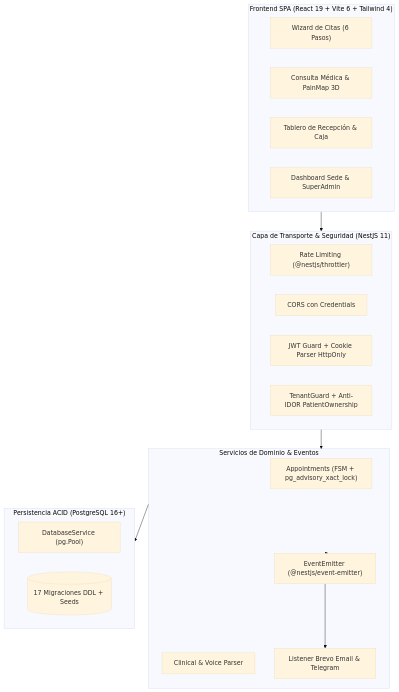
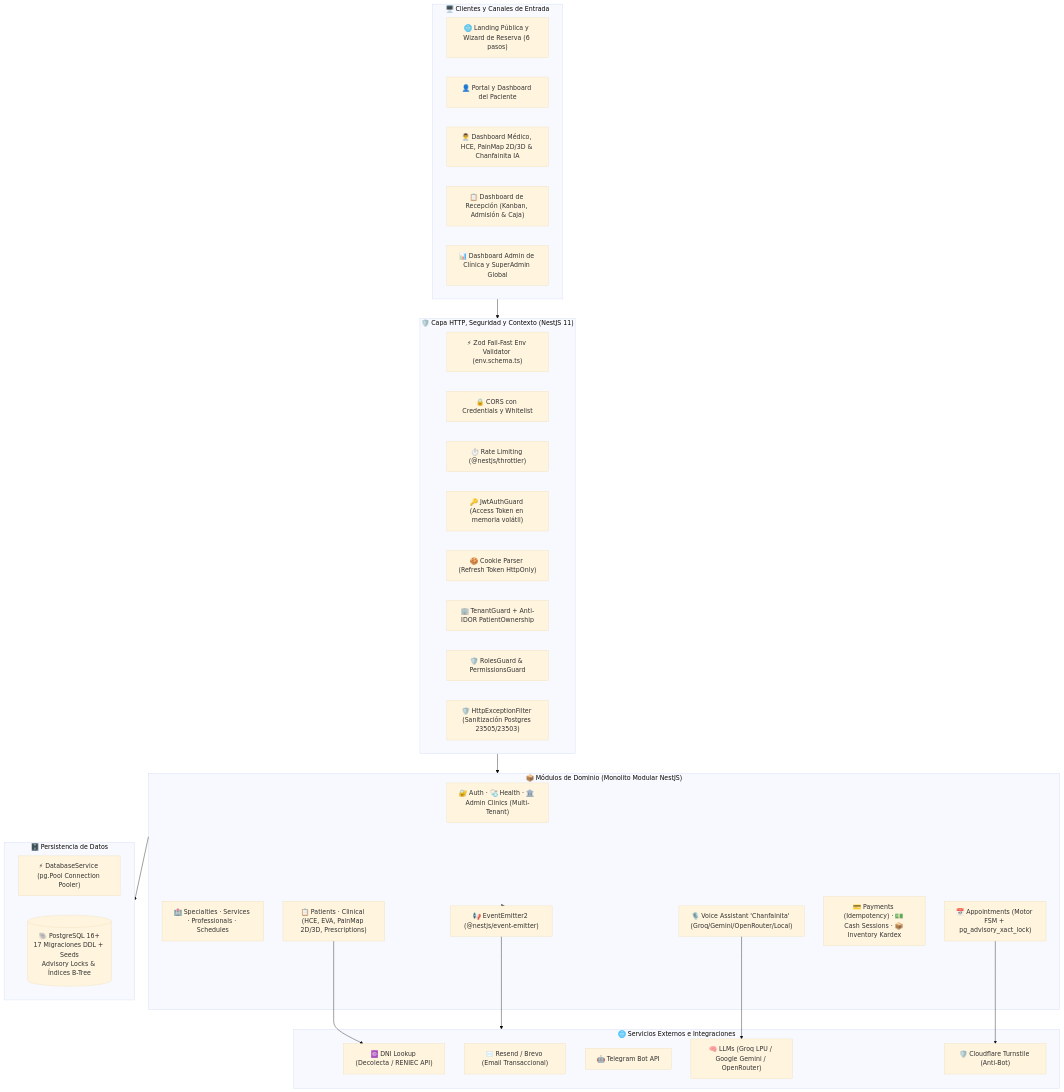
One commit to Alessander9/SistemaCitas_ok changed the diagram in README.md. Above: the diagram before and after it, drawn with Mermaid (base theme). The commit also changed other lines of this file and 1 other file, not shown here.

Commit message:
docs: update README with standard template, full env and architecture documentation

````diff
--- a/README.md
+++ b/README.md
@@ -35,34 +39,53 @@
 ```mermaid
 flowchart TB
-    subgraph FRONTEND ["Frontend SPA (React 19 + Vite 6 + Tailwind 4)"]
-        BOOKING["Wizard de Citas (6 Pasos)"]
-        CLINICAL_UI["Consulta Médica & PainMap 3D"]
-        RECEPTION_UI["Tablero de Recepción & Caja"]
-        ADMIN_UI["Dashboard Sede & SuperAdmin"]
+    subgraph CLIENTS ["🖥️ Clientes y Canales de Entrada"]
+        WEB_PUB["🌐 Landing Pública y Wizard de Reserva (6 pasos)"]
+        PORTAL_PAC["👤 Portal y Dashboard del Paciente"]
+        PORTAL_MED["👨‍⚕️ Dashboard Médico, HCE, PainMap 2D/3D & Chanfainita IA"]
+        PORTAL_REC["📋 Dashboard de Recepción (Kanban, Admisión & Caja)"]
+        PORTAL_ADM["📊 Dashboard Admin de Clínica y SuperAdmin Global"]
     end
 
-    subgraph SECURITY ["Capa de Transporte & Seguridad (NestJS 11)"]
-        THROTTLER["Rate Limiting (@nestjs/throttler)"]
-        CORS_MW["CORS con Credentials"]
-        AUTH_MW["JWT Guard + Cookie Parser HttpOnly"]
-        TENANT_MW["TenantGuard + Anti-IDOR PatientOwnership"]
+    subgraph GATEWAY ["🛡️ Capa HTTP, Seguridad y Contexto (NestJS 11)"]
+        ENV_ZOD["⚡ Zod Fail-Fast Env Validator (env.schema.ts)"]
+        CORS_SEC["🔒 CORS con Credentials y Whitelist"]
+        THROTTLER["⏱️ Rate Limiting (@nestjs/throttler)"]
+        AUTH_GUARD["🔑 JwtAuthGuard (Access Token en memoria volátil)"]
+        COOKIE_PARSER["🍪 Cookie Parser (Refresh Token HttpOnly)"]
+        TENANT_GUARD["🏢 TenantGuard + Anti-IDOR PatientOwnership"]
+        RBAC_GUARD["🛡️ RolesGuard & PermissionsGuard"]
+        EXC_FILTER["🛡️ HttpExceptionFilter (Sanitización Postgres 23505/23503)"]
     end
 
-    subgraph BUSINESS ["Servicios de Dominio & Eventos"]
-        APPT_SRV["Appointments (FSM + pg_advisory_xact_lock)"]
-        CLIN_SRV["Clinical & Voice Parser"]
-        EVENT_BUS["EventEmitter (@nestjs/event-emitter)"]
-        NOTIF_LISTENER["Listener Brevo Email & Telegram"]
+    subgraph BUSINESS ["📦 Módulos de Dominio (Monolito Modular NestJS)"]
+        CORE_MOD["🔐 Auth · 🩺 Health · 🏛️ Admin Clinics (Multi-Tenant)"]
+        CAT_MOD["🏥 Specialties · Services · Professionals · Schedules"]
+        APPT_MOD["📅 Appointments (Motor FSM + pg_advisory_xact_lock)"]
+        CLIN_MOD["📋 Patients · Clinical (HCE, EVA, PainMap 2D/3D, Prescriptions)"]
+        VOICE_MOD["🎙️ Voice Assistant 'Chanfainita' (Groq/Gemini/OpenRouter/Local)"]
+        FIN_MOD["💳 Payments (Idempotency) · 💵 Cash Sessions · 📦 Inventory Kardex"]
+        EVENT_BUS["📢 EventEmitter2 (@nestjs/event-emitter)"]
     end
 
-    subgraph STORAGE ["Persistencia ACID (PostgreSQL 16+)"]
-        PG_POOL["DatabaseService (pg.Pool)"]
-        DB_TABLES[("17 Migraciones DDL + Seeds")]
+    subgraph EXTERNAL ["🌐 Servicios Externos e Integraciones"]
+        RENIEC["🆔 DNI Lookup (Decolecta / RENIEC API)"]
+        RESEND["✉️ Resend / Brevo (Email Transaccional)"]
+        TG_BOT["🤖 Telegram Bot API"]
+        LLM_APIS["🧠 LLMs (Groq LPU / Google Gemini / OpenRouter)"]
+        TURNSTILE["🛡️ Cloudflare Turnstile (Anti-Bot)"]
     end
 
-    FRONTEND --> SECURITY
-    SECURITY --> BUSINESS
+    subgraph STORAGE ["🗄️ Persistencia de Datos"]
+        POOL["⚡ DatabaseService (pg.Pool Connection Pooler)"]
+        PG_DB[("🐘 PostgreSQL 16+\n17 Migraciones DDL + Seeds\nAdvisory Locks & Índices B-Tree")]
+    end
+
+    CLIENTS --> GATEWAY
+    GATEWAY --> BUSINESS
+    BUSINESS --> STORAGE
     BUSINESS --> EVENT_BUS
-    EVENT_BUS --> NOTIF_LISTENER
-    BUSINESS --> STORAGE
+    EVENT_BUS --> EXTERNAL
+    VOICE_MOD --> LLM_APIS
+    APPT_MOD --> TURNSTILE
+    CLIN_MOD --> RENIEC
 ```
````
